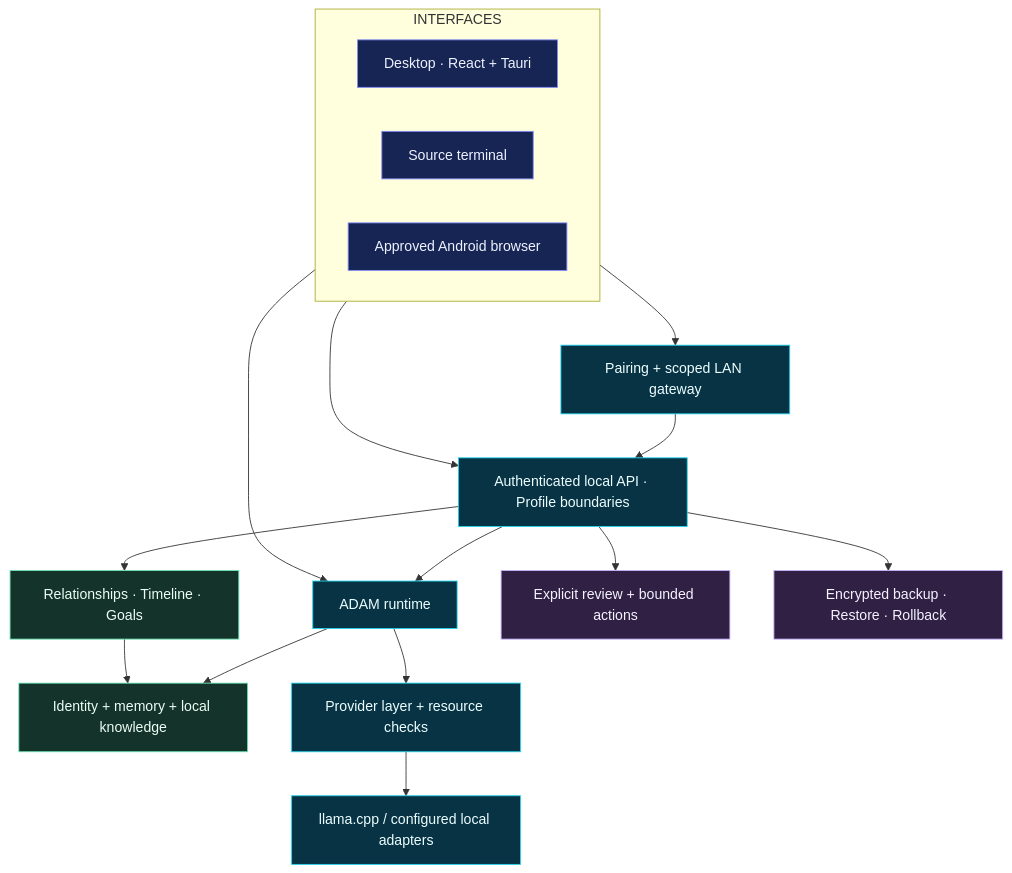
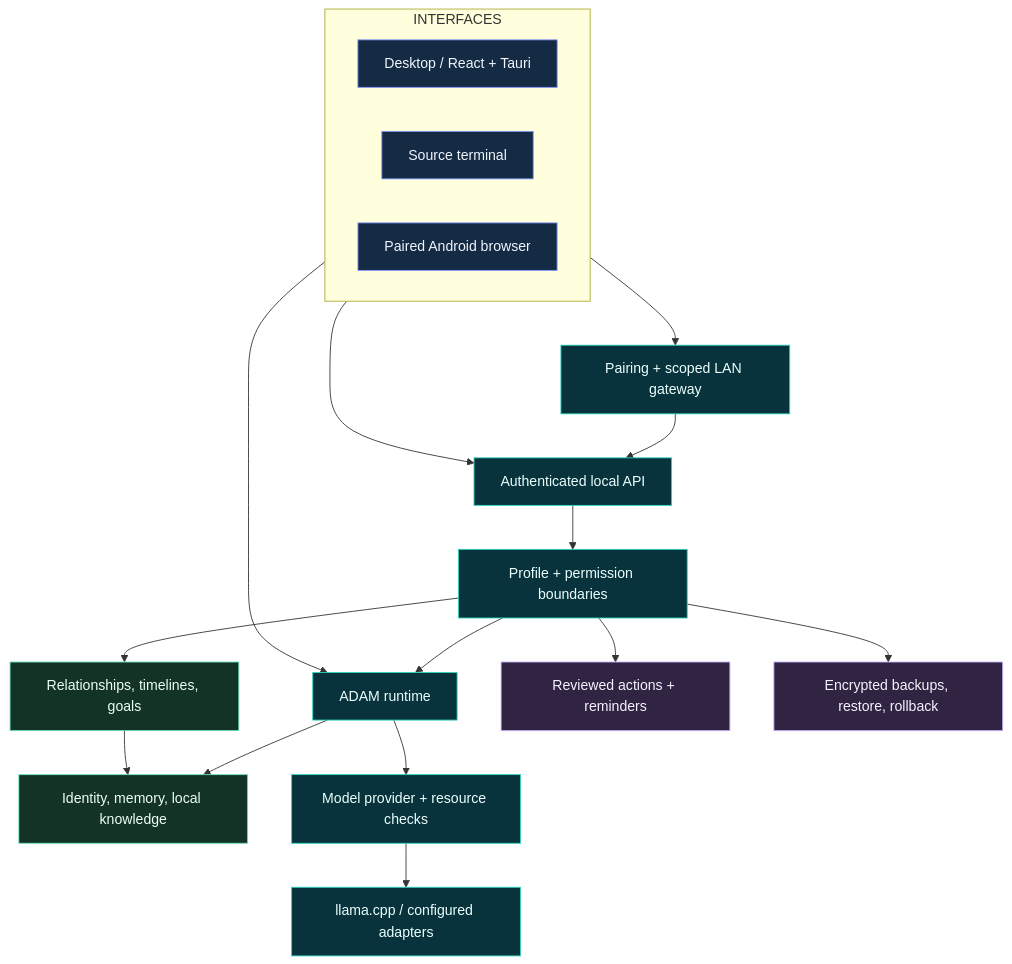
The first of 3 diagrams in README.md (Cyanex1702/Adam), drawn with Mermaid before and after one commit. The commit also changed other lines of this file, not shown here.

````diff
--- a/README.md
+++ b/README.md
@@ -106,32 +149,33 @@
 ```mermaid
 flowchart TB
-    subgraph interfaces["INTERFACES"]
-        direction LR
-        Desktop["Desktop · React + Tauri"]
-        Terminal["Source terminal"]
-        Mobile["Approved Android browser"]
+    subgraph Clients["INTERFACES"]
+      direction LR
+      D["Desktop / React + Tauri"]
+      T["Source terminal"]
+      M["Paired Android browser"]
     end
 
-    Desktop --> Boundary["Authenticated local API · Profile boundaries"]
-    Mobile --> Mesh["Pairing + scoped LAN gateway"]
-    Mesh --> Boundary
-    Boundary --> Core["ADAM runtime"]
-    Terminal --> Core
+    M --> G["Pairing + scoped LAN gateway"]
+    D --> A["Authenticated local API"]
+    G --> A
+    A --> B["Profile + permission boundaries"]
+    B --> Core["ADAM runtime"]
+    T --> Core
 
-    Core --> Context["Identity + memory + local knowledge"]
-    Core --> Models["Provider layer + resource checks"]
-    Models --> Inference["llama.cpp / configured local adapters"]
-    Boundary --> Personal["Relationships · Timeline · Goals"]
+    Core --> Context["Identity, memory, local knowledge"]
+    Core --> Models["Model provider + resource checks"]
+    Models --> Engine["llama.cpp / configured adapters"]
+    B --> Personal["Relationships, timelines, goals"]
     Personal --> Context
-    Boundary --> Actions["Explicit review + bounded actions"]
-    Boundary --> Recovery["Encrypted backup · Restore · Rollback"]
+    B --> Actions["Reviewed actions + reminders"]
+    B --> Recovery["Encrypted backups, restore, rollback"]
 
-    classDef entry fill:#172554,stroke:#818cf8,color:#eef2ff;
-    classDef control fill:#083344,stroke:#22d3ee,color:#ecfeff;
-    classDef storage fill:#14332a,stroke:#6ee7b7,color:#ecfdf5;
-    classDef action fill:#302044,stroke:#c4b5fd,color:#f5f3ff;
-    class Desktop,Terminal,Mobile entry;
-    class Boundary,Mesh,Core,Models,Inference control;
-    class Context,Personal storage;
-    class Actions,Recovery action;
+    classDef entry fill:#142b43,stroke:#8396ff,color:#f0f5ff
+    classDef core fill:#08333d,stroke:#2dd4bf,color:#ebfffd
+    classDef state fill:#143327,stroke:#6ee7b7,color:#ebfff2
+    classDef protected fill:#302442,stroke:#c4b5fd,color:#f5f3ff
+    class D,T,M entry
+    class A,G,B,Core,Models,Engine core
+    class Context,Personal state
+    class Actions,Recovery protected
 ```
````
